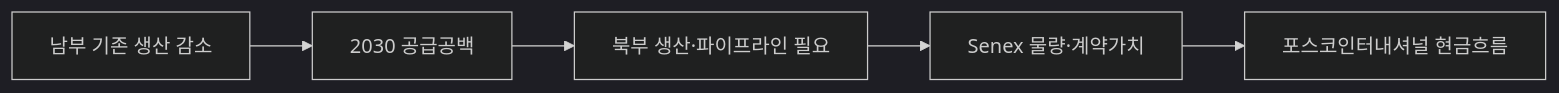
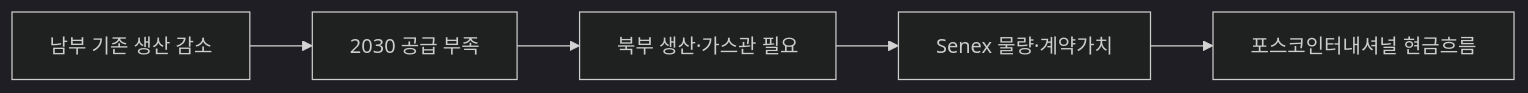
The diagram in market-sensing-wiki/signals/SIG-0B6C56D8B4D8.md (arik1988/posco-market-sensing-wiki), drawn with Mermaid (dark theme) before and after one commit. The commit also changed other lines of this file and 143 other files, not shown here.

````diff
--- a/market-sensing-wiki/signals/SIG-0B6C56D8B4D8.md
+++ b/market-sensing-wiki/signals/SIG-0B6C56D8B4D8.md
@@ -35,7 +92,7 @@
 ```mermaid
 flowchart LR
-  A[남부 기존 생산 감소] --> B[2030 공급공백]
-  B --> C[북부 생산·파이프라인 필요]
+  A[남부 기존 생산 감소] --> B[2030 공급 부족]
+  B --> C[북부 생산·가스관 필요]
   C --> D[Senex 물량·계약가치]
   D --> E[포스코인터내셔널 현금흐름]
 ```
````
